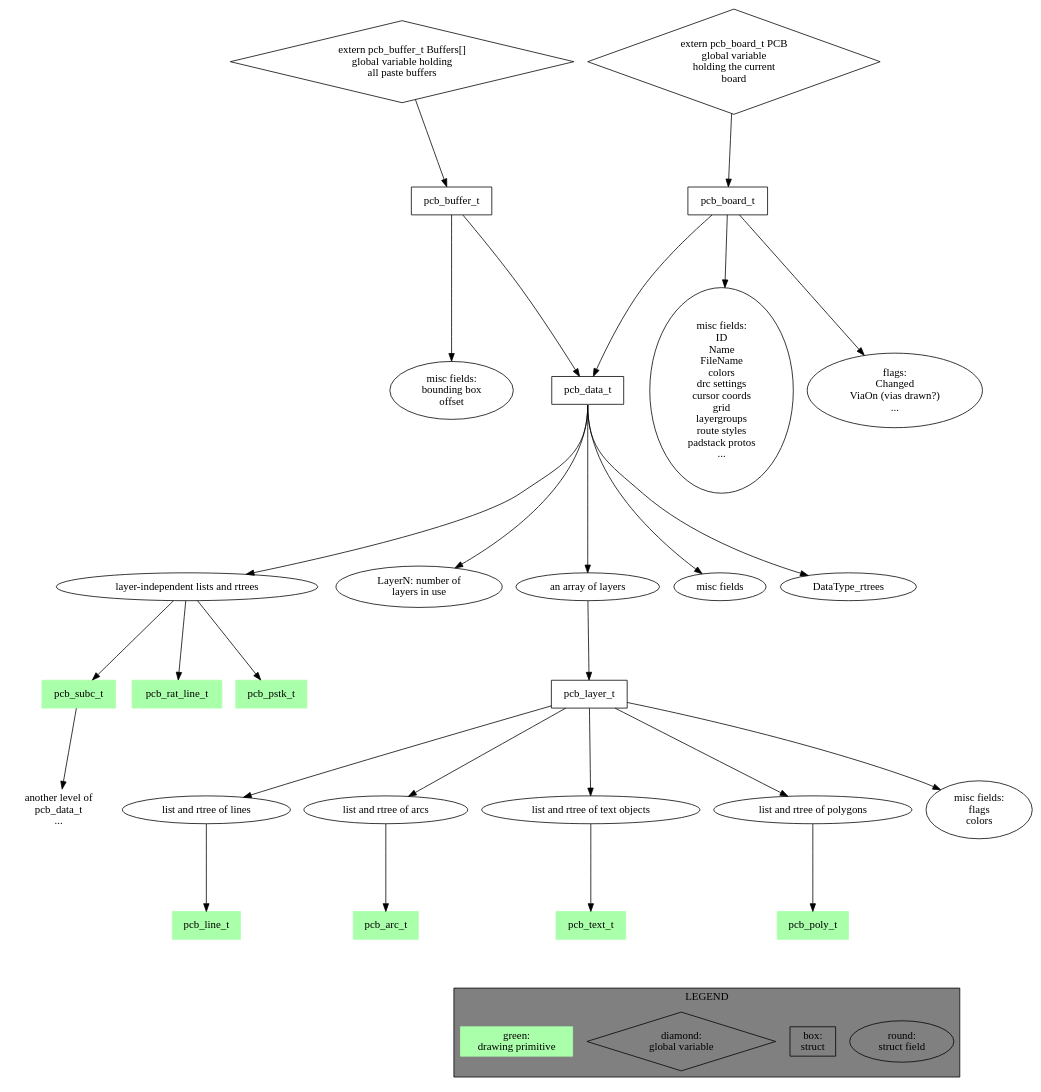
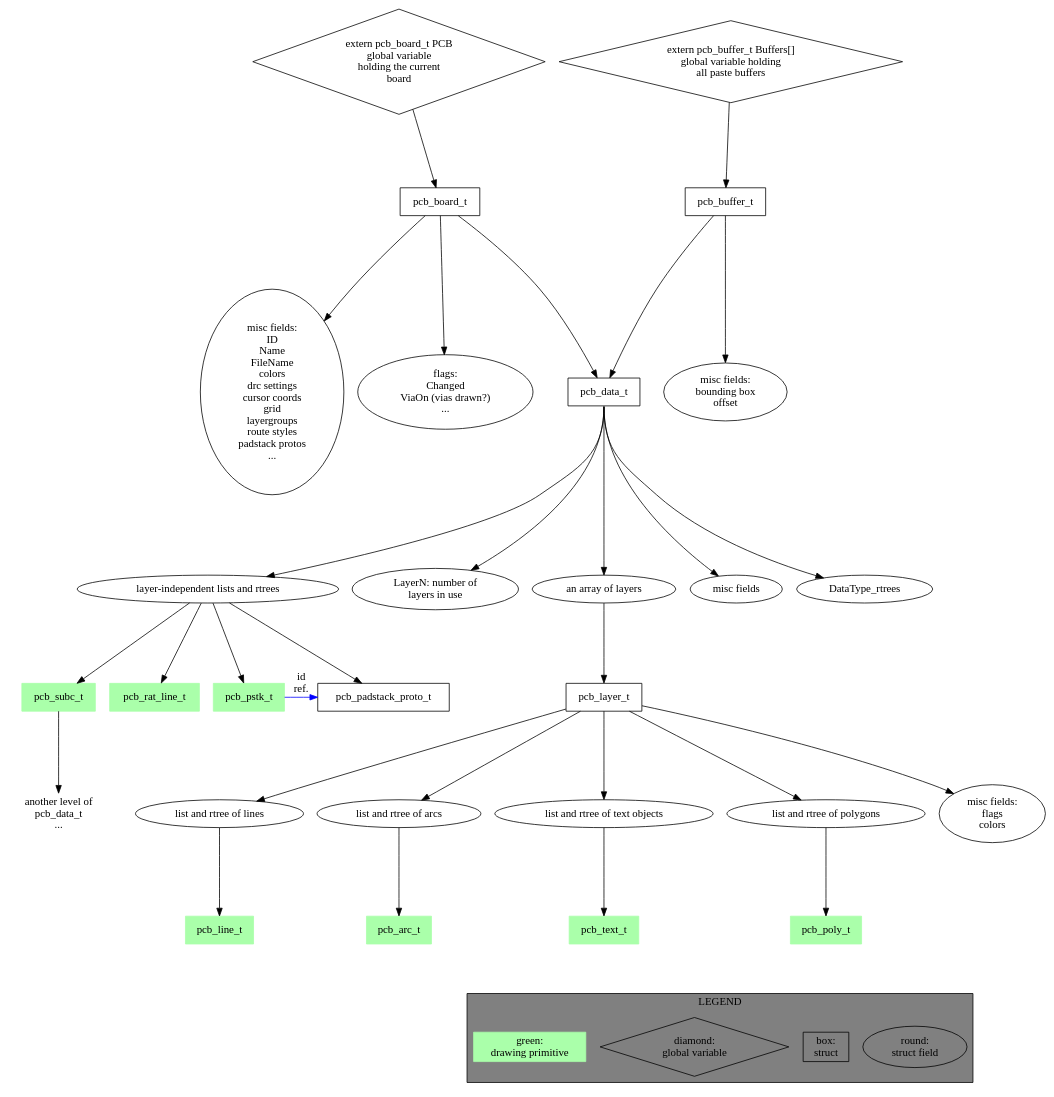
Before and after one commit to NoSuchProcess/pcb-rnd: the diagram in doc/developer/src/data1.dot, drawn with Graphviz.

Commit message:
[doc] -Change: data struct drawing: add padstack proto ID on the drawing

```diff
--- a/doc/developer/src/data1.dot
+++ b/doc/developer/src/data1.dot
@@ -1,81 +1,84 @@
 digraph pcb_data {
 	ranksep=1.3
 	PCBType_misc [label="misc fields:\nID\nName\nFileName\ncolors\ndrc settings\ncursor coords\ngrid\nlayergroups\nroute styles\npadstack protos\n..."]
 	PCBType_flags [label="flags:\nChanged\nViaOn (vias drawn?)\n..."]
 	pcb_board_t -> PCBType_misc
 	pcb_board_t -> PCBType_flags
 	pcb_board_t -> pcb_data_t
 	pcb_board_t [shape=box]
 
 	pcb_data_t2 [label="another level of\npcb_data_t\n..." shape=none]
 
 	pcb_subc_t [shape=box style=filled color="#aaffaa"]
 	pcb_rat_line_t [shape=box style=filled color="#aaffaa"]
 	pcb_pstk_t [shape=box style=filled color="#aaffaa"]
+	pcb_padstack_proto_t [shape=box]
 	pcb_arc_t [shape=box style=filled color="#aaffaa"]
 	pcb_line_t [shape=box style=filled color="#aaffaa"]
 	pcb_text_t [shape=box style=filled color="#aaffaa"]
 	pcb_poly_t [shape=box style=filled color="#aaffaa"]
 
 	PCB [label="extern pcb_board_t PCB\nglobal variable\nholding the current\nboard" shape=diamond]
 	PCB -> pcb_board_t
 
 	Buffers [label="extern pcb_buffer_t Buffers[]\nglobal variable holding\nall paste buffers" shape=diamond]
 	Buffers -> pcb_buffer_t
 
 	BufferType_misc [label="misc fields:\nbounding box\noffset"]
 	pcb_buffer_t -> BufferType_misc
 	pcb_buffer_t -> pcb_data_t
 	pcb_buffer_t [shape=box]
 
 	DataType_listrt [label="layer-independent lists and rtrees"]
 	DataType_LayerN [label="LayerN: number of\nlayers in use"]
 	DataType_layers [label="an array of layers"]
 	DataType_misc [label="misc fields"]
 
 	pcb_data_t -> DataType_misc    [tailport=s]
 	pcb_data_t -> DataType_LayerN  [tailport=s]
 	pcb_data_t -> DataType_layers  [tailport=s]
 	pcb_data_t -> DataType_listrt  [tailport=s]
 	pcb_data_t -> DataType_rtrees  [tailport=s]
 	pcb_data_t [shape=box]
 
 	DataType_layers -> pcb_layer_t
 
 	DataType_listrt -> pcb_subc_t
 	DataType_listrt -> pcb_rat_line_t
 	DataType_listrt -> pcb_pstk_t
+	DataType_listrt -> pcb_padstack_proto_t
 
 	pcb_subc_t -> pcb_data_t2
+	pcb_pstk_t -> pcb_padstack_proto_t [constraint=no color=blue label="id\nref."]
 
 	LayerType_lines [label="list and rtree of lines"]
 	LayerType_arcs [label="list and rtree of arcs"]
 	LayerType_texts [label="list and rtree of text objects"]
 	LayerType_polygons [label="list and rtree of polygons"]
 	LayerType_misc [label="misc fields:\nflags\ncolors"]
 
 	LayerType_lines -> pcb_line_t
 	LayerType_arcs -> pcb_arc_t
 	LayerType_polygons -> pcb_poly_t
 	LayerType_texts -> pcb_text_t
 
 	pcb_layer_t -> LayerType_misc
 	pcb_layer_t -> LayerType_lines
 	pcb_layer_t -> LayerType_arcs
 	pcb_layer_t -> LayerType_texts
 	pcb_layer_t -> LayerType_polygons
 	pcb_layer_t [shape=box]
 
 	subgraph "cluster_1" {
 		label="LEGEND"
 		style=filled
 		bgcolor=grey
 		round [label="round:\nstruct field"]
 		struct [label="box:\nstruct" shape=box]
 		diamond [label="diamond:\nglobal variable" shape=diamond]
 		grn [label="green:\ndrawing primitive" shape=box style=filled color="#aaffaa"]
 
 	}
 
 	pcb_poly_t -> struct [style=invis]
 }
```
